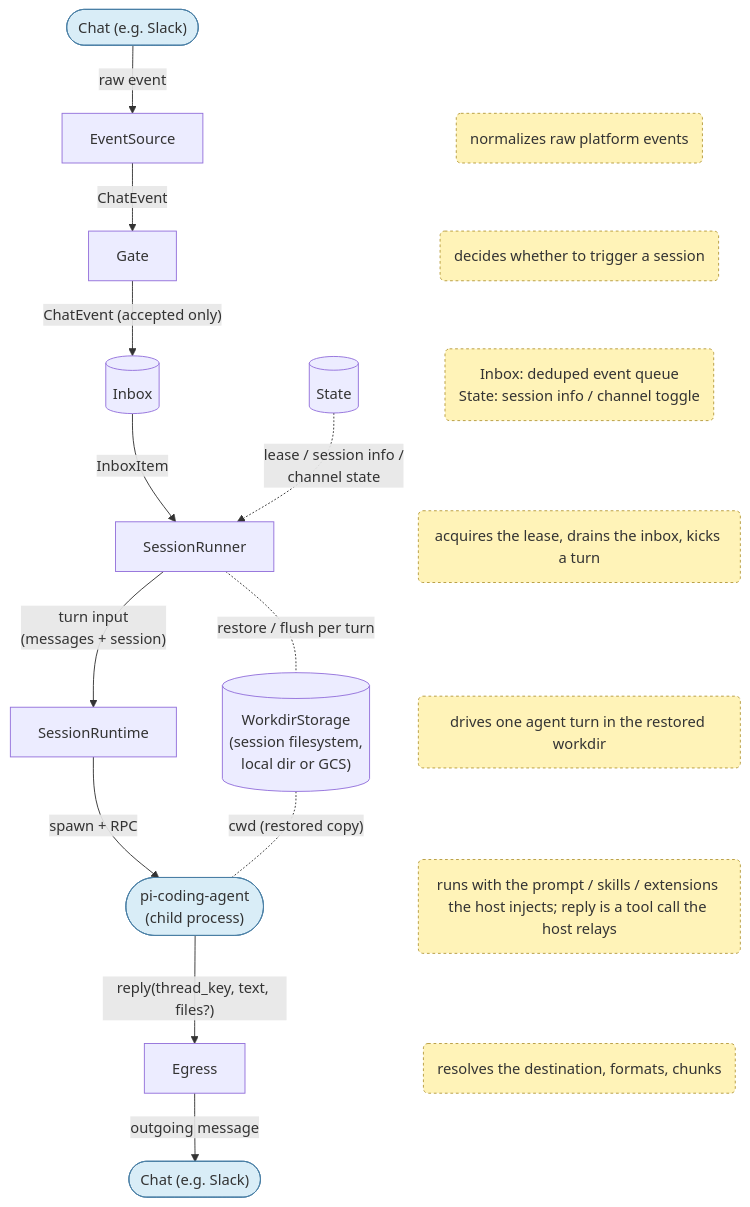
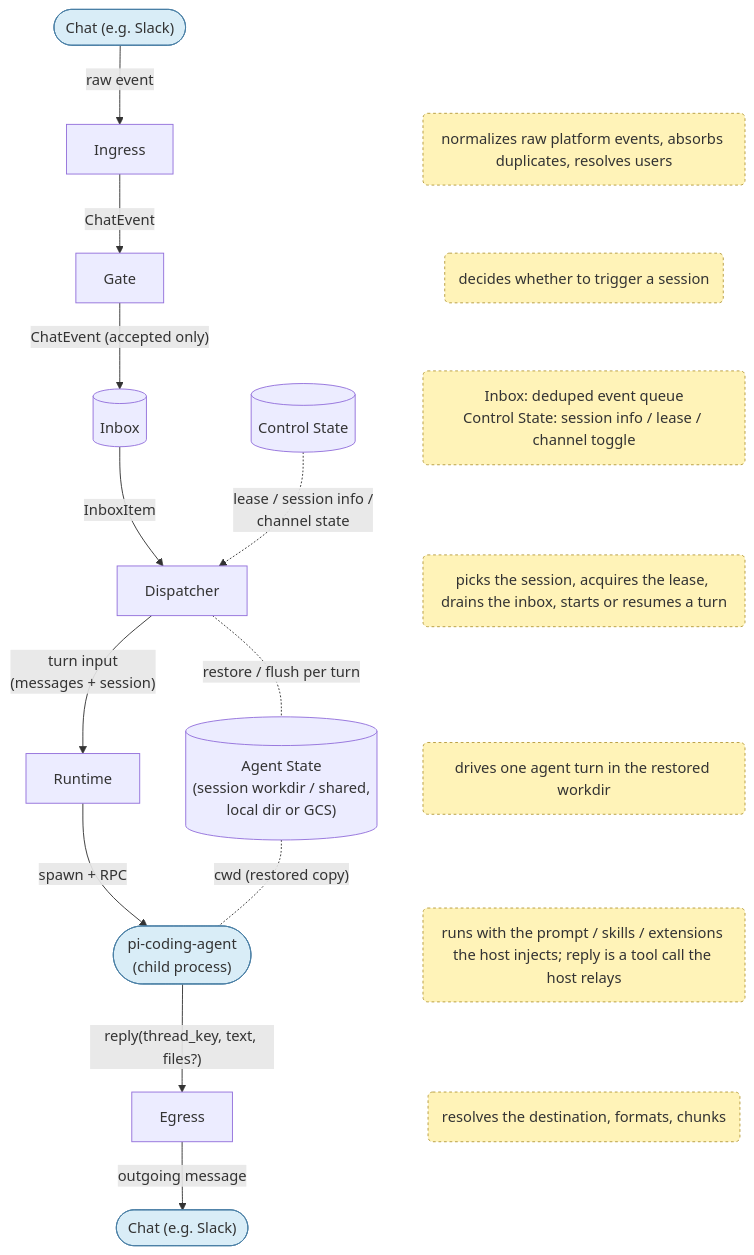
One commit to pokutuna/pi-chat-runner changed the diagram in README.md. Above: the diagram before and after it, drawn with Mermaid. The commit also changed other lines of this file and 47 other files, not shown here.

First line of the commit message:
refactor: split Runner composition root and chat boundary (phase 6)

````diff
--- a/README.md
+++ b/README.md
@@ -117,47 +117,47 @@
 ```mermaid
 %%{init: {"flowchart": {"wrappingWidth": 320}}}%%
 flowchart TB
     ChatIn(["Chat (e.g. Slack)"]):::external
     ChatOut(["Chat (e.g. Slack)"]):::external
-    State[(State)]
-    Workdir[("WorkdirStorage<br/>(session filesystem,<br/>local dir or GCS)")]
+    State[(Control State)]
+    Workdir[("Agent State<br/>(session workdir / shared,<br/>local dir or GCS)")]
 
-    EventSource[EventSource]
+    Ingress[Ingress]
     Gate[Gate]
     Inbox[(Inbox)]
-    Runner[SessionRunner]
-    Runtime[SessionRuntime]
+    Dispatcher[Dispatcher]
+    Runtime[Runtime]
     Egress[Egress]
     Pi(["pi-coding-agent<br/>(child process)"]):::external
 
-    NoteES("normalizes raw platform events"):::note
+    NoteES("normalizes raw platform events, absorbs duplicates, resolves users"):::note
     NoteGate("decides whether to trigger a session"):::note
-    NoteInbox("Inbox: deduped event queue<br/>State: session info / channel toggle"):::note
-    NoteRunner("acquires the lease, drains the inbox, kicks a turn"):::note
+    NoteInbox("Inbox: deduped event queue<br/>Control State: session info / lease / channel toggle"):::note
+    NoteRunner("picks the session, acquires the lease, drains the inbox, starts or resumes a turn"):::note
     NoteRuntime("drives one agent turn in the restored workdir"):::note
     NotePi("runs with the prompt / skills / extensions the host injects; reply is a tool call the host relays"):::note
     NoteEgress("resolves the destination, formats, chunks"):::note
 
-    ChatIn -->|raw event| EventSource
-    EventSource -->|ChatEvent| Gate
+    ChatIn -->|raw event| Ingress
+    Ingress -->|ChatEvent| Gate
     Gate -->|"ChatEvent (accepted only)"| Inbox
-    Inbox -->|InboxItem| Runner
-    Runner -->|"turn input<br/>(messages + session)"| Runtime
+    Inbox -->|InboxItem| Dispatcher
+    Dispatcher -->|"turn input<br/>(messages + session)"| Runtime
     Runtime -->|"spawn + RPC"| Pi
     Pi -->|"reply(thread_key, text, files?)"| Egress
     Egress -->|outgoing message| ChatOut
-    State -.->|"lease / session info /<br/>channel state"| Runner
-    Runner -.-|"restore / flush per turn"| Workdir
+    State -.->|"lease / session info /<br/>channel state"| Dispatcher
+    Dispatcher -.-|"restore / flush per turn"| Workdir
     Workdir -.-|"cwd (restored copy)"| Pi
 
     %% notes form an invisible parallel column, each aligned with its component's rank.
     %% NoteAnchor (hidden) keeps the note column independent of the main chain so
     %% the main chain's edges stay straight.
     NoteAnchor[ ]:::hidden
     NoteAnchor ~~~ NoteES
     NoteES ~~~ NoteGate ~~~ NoteInbox ~~~ NoteRunner ~~~ NoteRuntime ~~~ NotePi ~~~ NoteEgress
 
     classDef note fill:#fff3b8,stroke:#b59a3b,color:#333,stroke-dasharray:3 3
     classDef external fill:#d9edf7,stroke:#4a7fa5,color:#333
     classDef hidden fill:none,stroke:none,color:transparent
 ```
````
